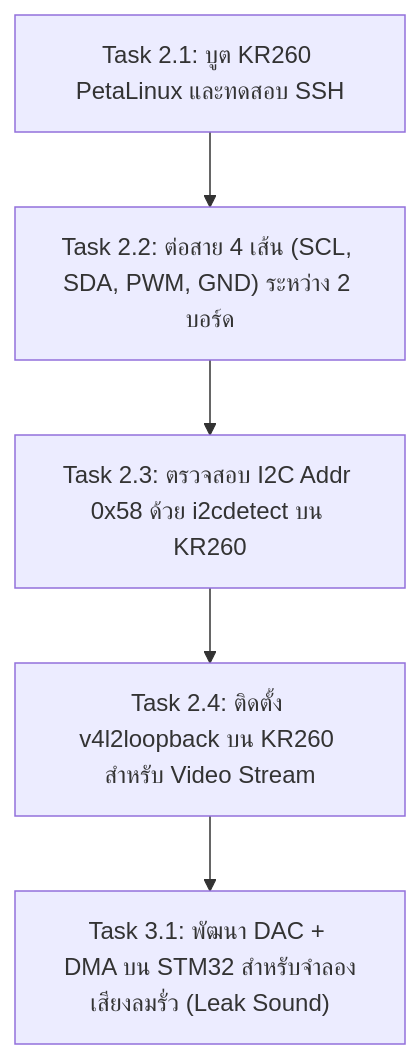
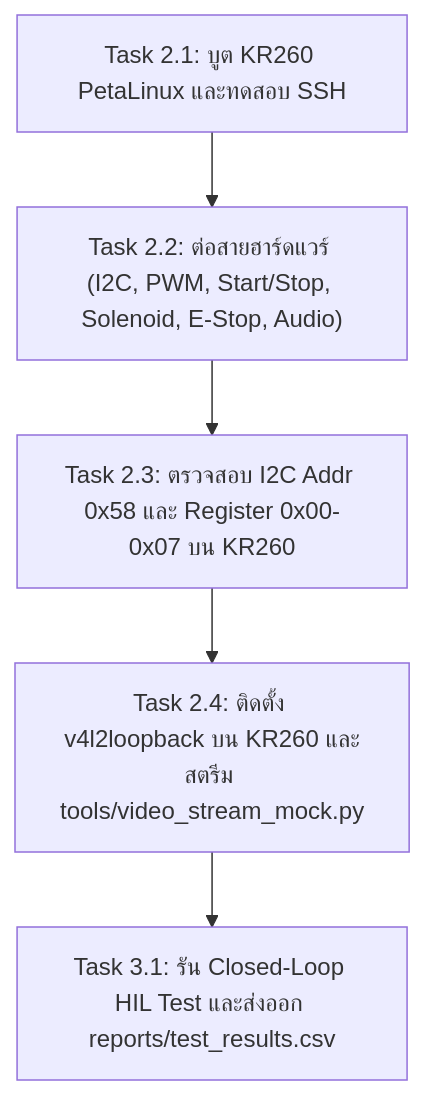
One commit to riwrivvriw/kria260-stm32-hil-cicd changed the diagram in PROJECT_PLAN.md. Above: the diagram before and after it, drawn with Mermaid. The commit also changed other lines of this file and 17 other files, not shown here.

Commit message:
feat: implement core STM32 HIL firmware and automated test suite for KR260 integration

````diff
--- a/PROJECT_PLAN.md
+++ b/PROJECT_PLAN.md
@@ -122,10 +131,10 @@
 ```mermaid
 flowchart TD
     T1["Task 2.1: บูต KR260 PetaLinux และทดสอบ SSH"]
-    T2["Task 2.2: ต่อสาย 4 เส้น (SCL, SDA, PWM, GND) ระหว่าง 2 บอร์ด"]
-    T3["Task 2.3: ตรวจสอบ I2C Addr 0x58 ด้วย i2cdetect บน KR260"]
-    T4["Task 2.4: ติดตั้ง v4l2loopback บน KR260 สำหรับ Video Stream"]
-    T5["Task 3.1: พัฒนา DAC + DMA บน STM32 สำหรับจำลองเสียงลมรั่ว (Leak Sound)"]
+    T2["Task 2.2: ต่อสายฮาร์ดแวร์ (I2C, PWM, Start/Stop, Solenoid, E-Stop, Audio)"]
+    T3["Task 2.3: ตรวจสอบ I2C Addr 0x58 และ Register 0x00-0x07 บน KR260"]
+    T4["Task 2.4: ติดตั้ง v4l2loopback บน KR260 และสตรีม tools/video_stream_mock.py"]
+    T5["Task 3.1: รัน Closed-Loop HIL Test และส่งออก reports/test_results.csv"]
 
     T1 --> T2 --> T3 --> T4 --> T5
 ```
````
